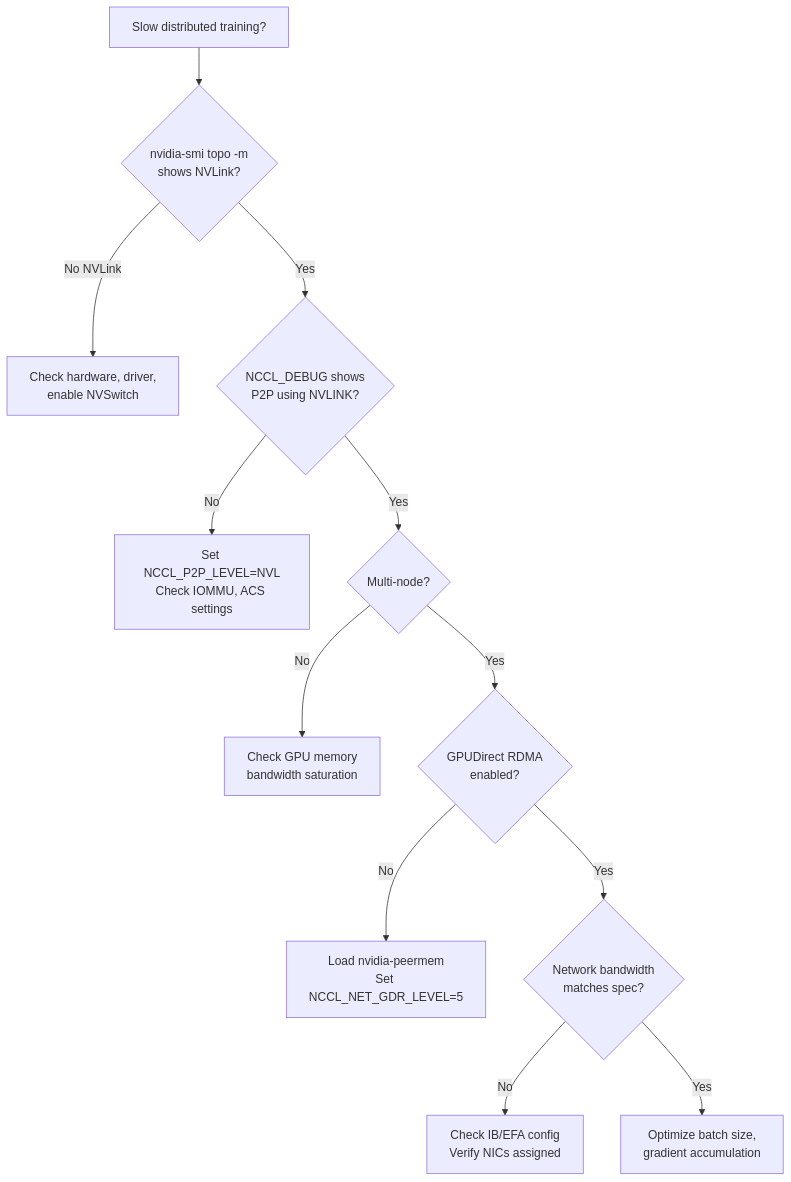
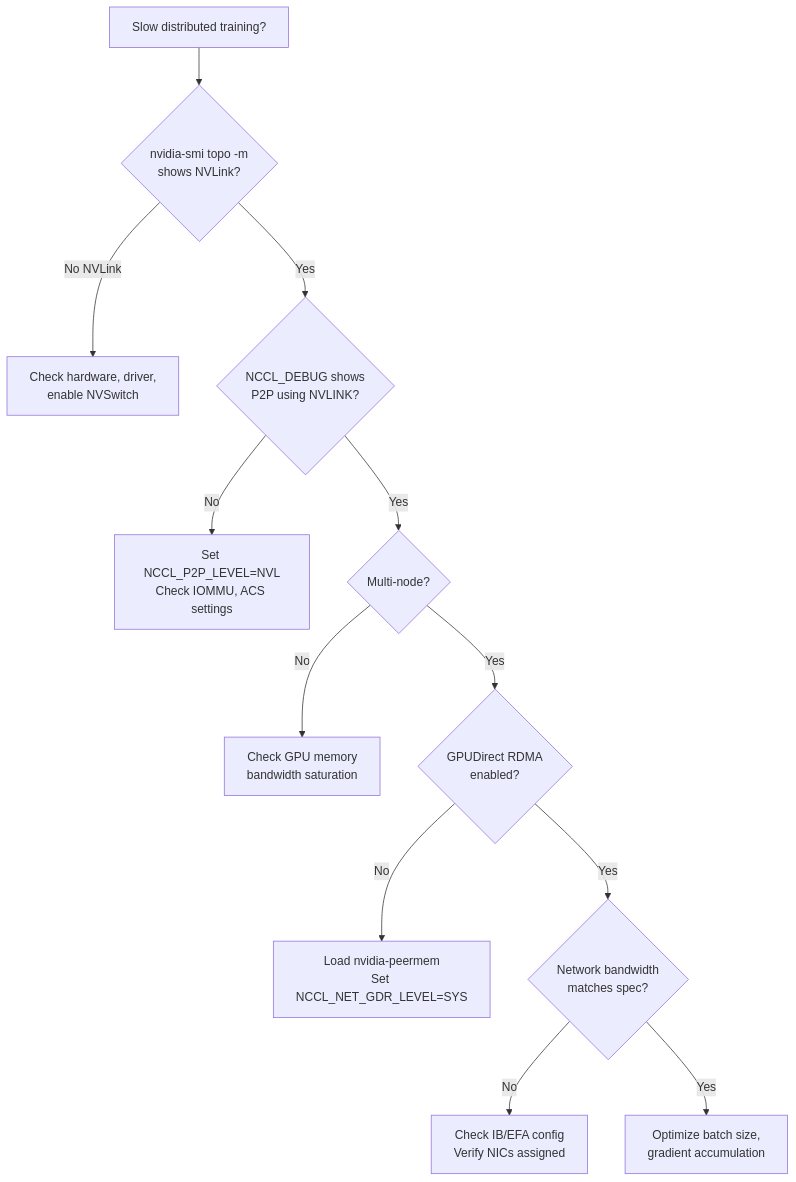
The ninth of 9 diagrams in curriculum/week-5-ai-workloads/theory/5.3-gpu-communication.md (Mirantis-PS/k0rdent-ai-training), drawn with Mermaid before and after one commit. The commit also changed other lines of this file and 66 other files, not shown here.

````diff
--- a/curriculum/week-5-ai-workloads/theory/5.3-gpu-communication.md
+++ b/curriculum/week-5-ai-workloads/theory/5.3-gpu-communication.md
@@ -431,14 +433,14 @@
 ```mermaid
 flowchart TB
     START[Slow distributed training?] --> Q1{nvidia-smi topo -m<br/>shows NVLink?}
     Q1 -->|No NVLink| FIX1[Check hardware, driver,<br/>enable NVSwitch]
     Q1 -->|Yes| Q2{NCCL_DEBUG shows<br/>P2P using NVLINK?}
     Q2 -->|No| FIX2[Set NCCL_P2P_LEVEL=NVL<br/>Check IOMMU, ACS settings]
     Q2 -->|Yes| Q3{Multi-node?}
     Q3 -->|No| Q4[Check GPU memory<br/>bandwidth saturation]
     Q3 -->|Yes| Q5{GPUDirect RDMA<br/>enabled?}
-    Q5 -->|No| FIX3[Load nvidia-peermem<br/>Set NCCL_NET_GDR_LEVEL=5]
+    Q5 -->|No| FIX3[Load nvidia-peermem<br/>Set NCCL_NET_GDR_LEVEL=SYS]
     Q5 -->|Yes| Q6{Network bandwidth<br/>matches spec?}
     Q6 -->|No| FIX4[Check IB/EFA config<br/>Verify NICs assigned]
     Q6 -->|Yes| FIX5[Optimize batch size,<br/>gradient accumulation]
 ```
````
